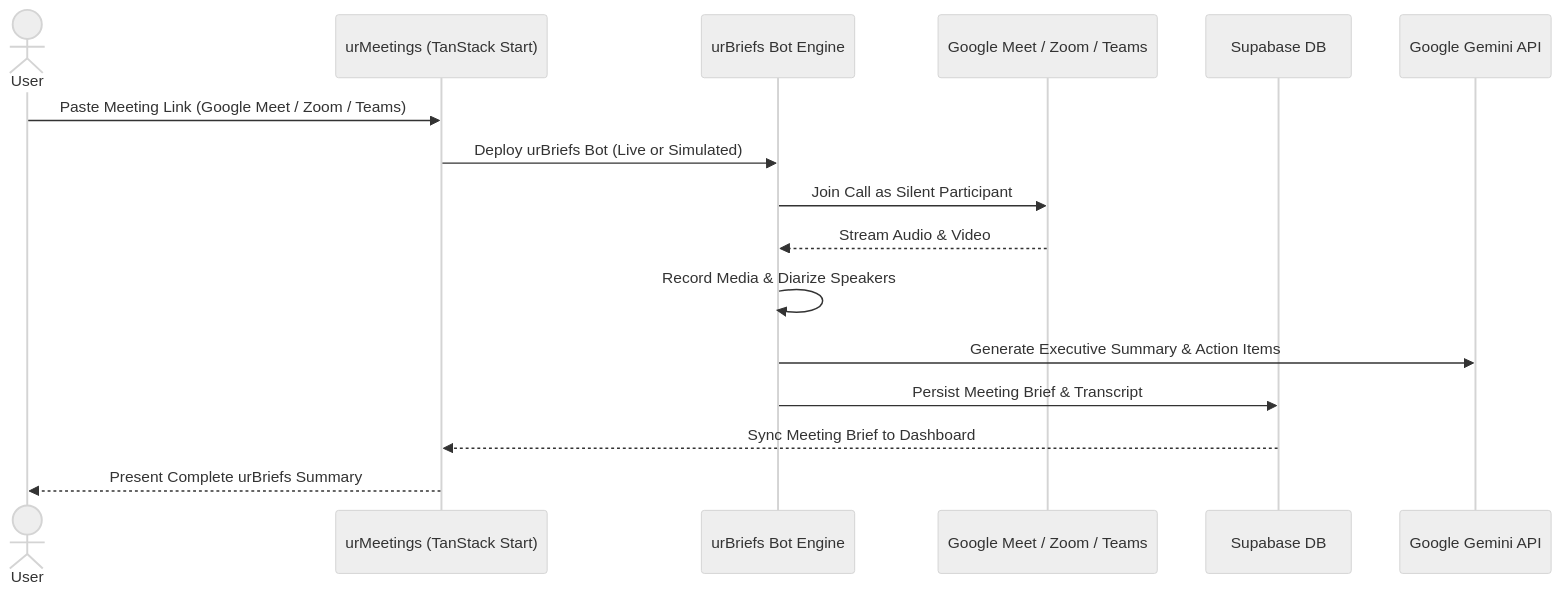
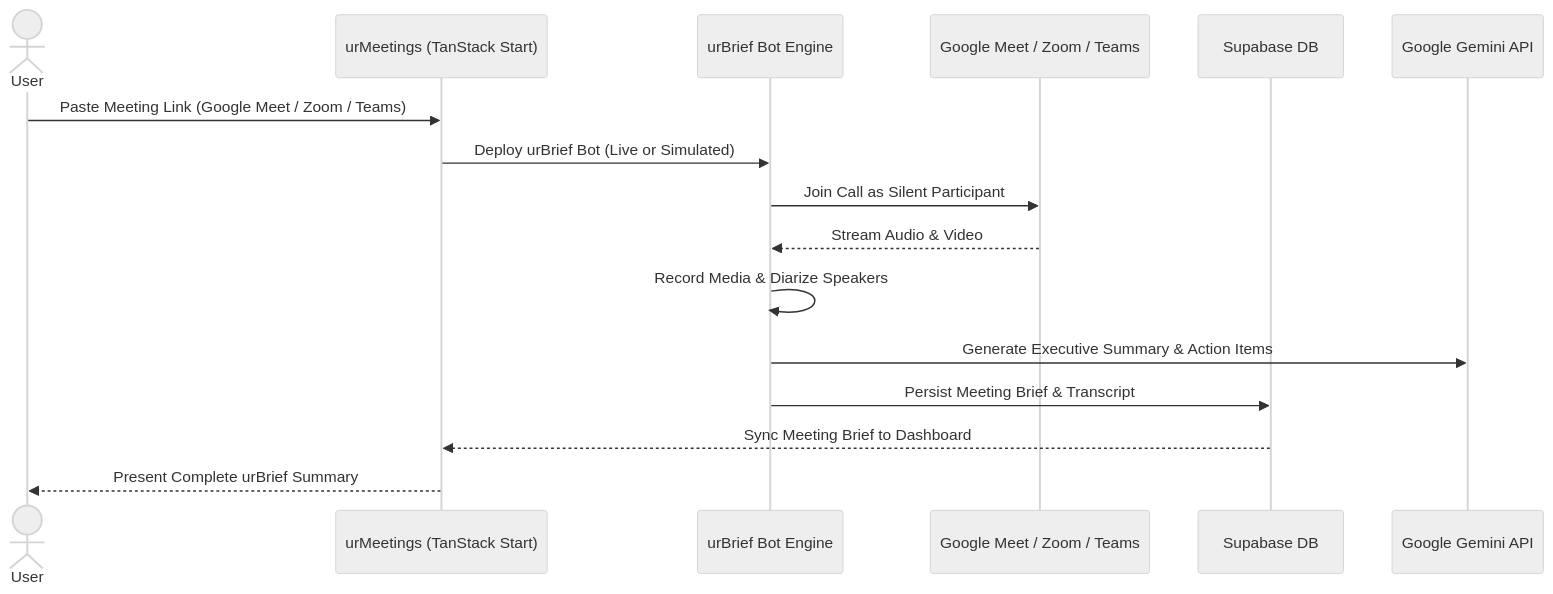
The second of 3 diagrams in README.md (N-PCs/urMeetings), drawn with Mermaid (neutral theme) before and after one commit. The commit also changed other lines of this file and 10 other files, not shown here.

````diff
--- a/README.md
+++ b/README.md
@@ -98,19 +98,19 @@
 ```mermaid
 sequenceDiagram
     actor User
     participant App as urMeetings (TanStack Start)
-    participant Bot as urBriefs Bot Engine
+    participant Bot as urBrief Bot Engine
     participant Call as Google Meet / Zoom / Teams
     participant DB as Supabase DB
     participant Gemini as Google Gemini API
 
     User->>App: Paste Meeting Link (Google Meet / Zoom / Teams)
-    App->>Bot: Deploy urBriefs Bot (Live or Simulated)
+    App->>Bot: Deploy urBrief Bot (Live or Simulated)
     Bot->>Call: Join Call as Silent Participant
     Call-->>Bot: Stream Audio & Video
     Bot->>Bot: Record Media & Diarize Speakers
     Bot->>Gemini: Generate Executive Summary & Action Items
     Bot->>DB: Persist Meeting Brief & Transcript
     DB-->>App: Sync Meeting Brief to Dashboard
-    App-->>User: Present Complete urBriefs Summary
+    App-->>User: Present Complete urBrief Summary
 ```
````
